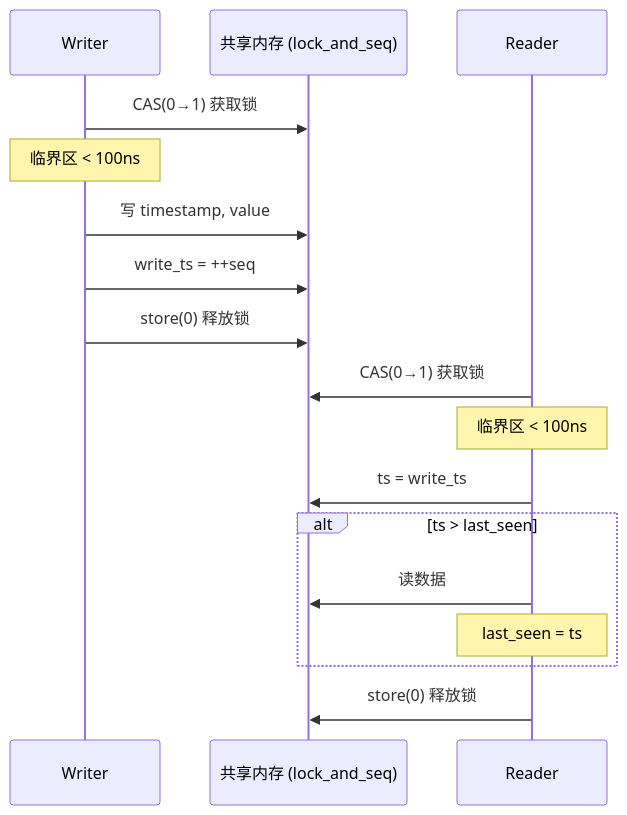
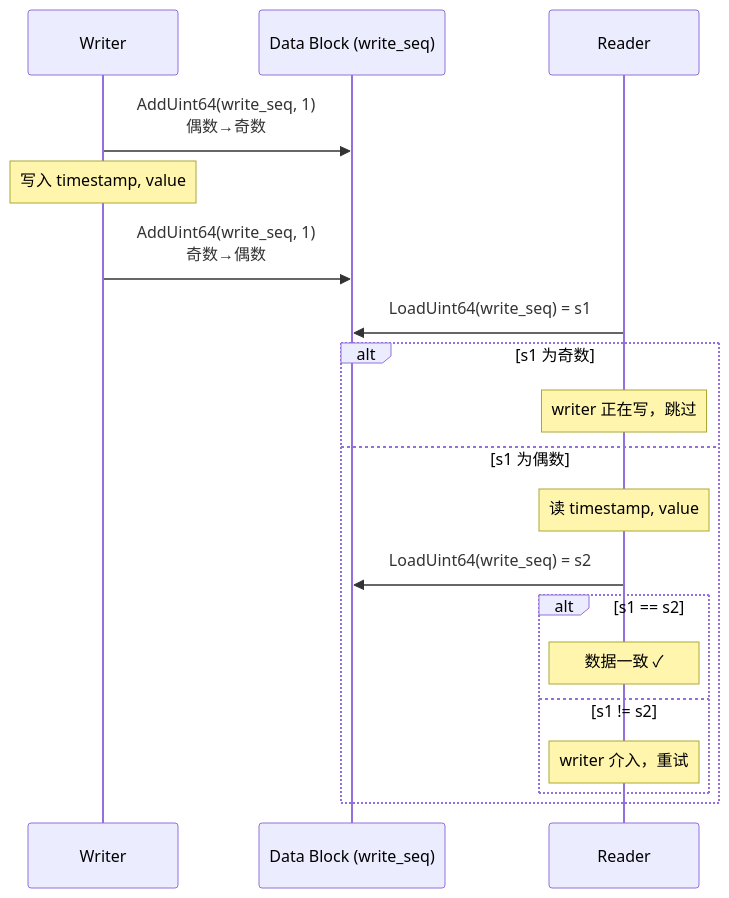
One commit to activesys/c4 changed the fifth of 10 diagrams in docs/design/c4_architecture.md. Above: the diagram before and after it, drawn with Mermaid. The commit also changed other lines of this file and 2 other files, not shown here.

````diff
--- a/docs/design/c4_architecture.md
+++ b/docs/design/c4_architecture.md
@@ -432,21 +456,23 @@
 ```mermaid
 sequenceDiagram
     participant W as Writer
-    participant SHM as 共享内存 (lock_and_seq)
+    participant B as Data Block (write_seq)
     participant R as Reader
-    
-    W->>SHM: CAS(0→1) 获取锁
-    Note over W: 临界区 < 100ns
-    W->>SHM: 写 timestamp, value
-    W->>SHM: write_ts = ++seq
-    W->>SHM: store(0) 释放锁
-    
-    R->>SHM: CAS(0→1) 获取锁
-    Note over R: 临界区 < 100ns
-    R->>SHM: ts = write_ts
-    alt ts > last_seen
-        R->>SHM: 读数据
-        Note over R: last_seen = ts
+
+    W->>B: AddUint64(write_seq, 1)<br/>偶数→奇数
+    Note over W: 写入 timestamp, value
+    W->>B: AddUint64(write_seq, 1)<br/>奇数→偶数
+
+    R->>B: LoadUint64(write_seq) = s1
+    alt s1 为奇数
+        Note over R: writer 正在写，跳过
+    else s1 为偶数
+        Note over R: 读 timestamp, value
+        R->>B: LoadUint64(write_seq) = s2
+        alt s1 == s2
+            Note over R: 数据一致 ✓
+        else s1 != s2
+            Note over R: writer 介入，重试
+        end
     end
-    R->>SHM: store(0) 释放锁
 ```
````
